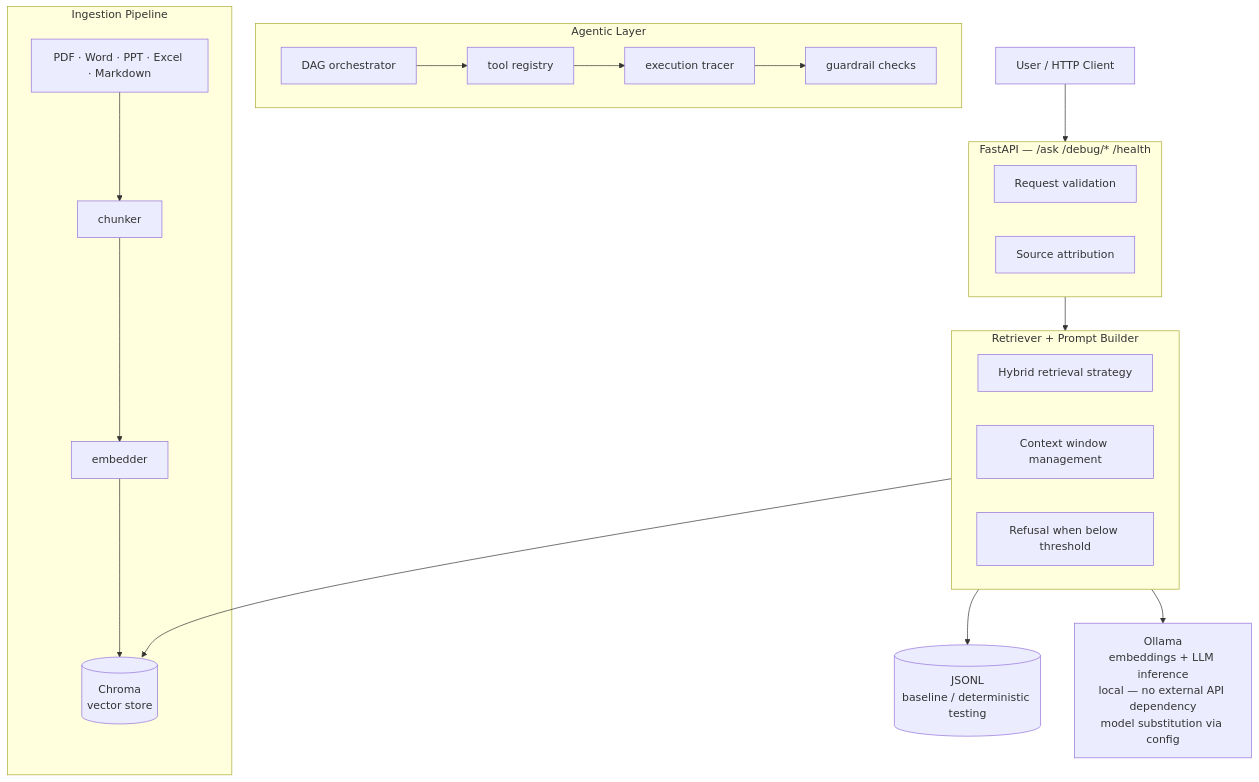
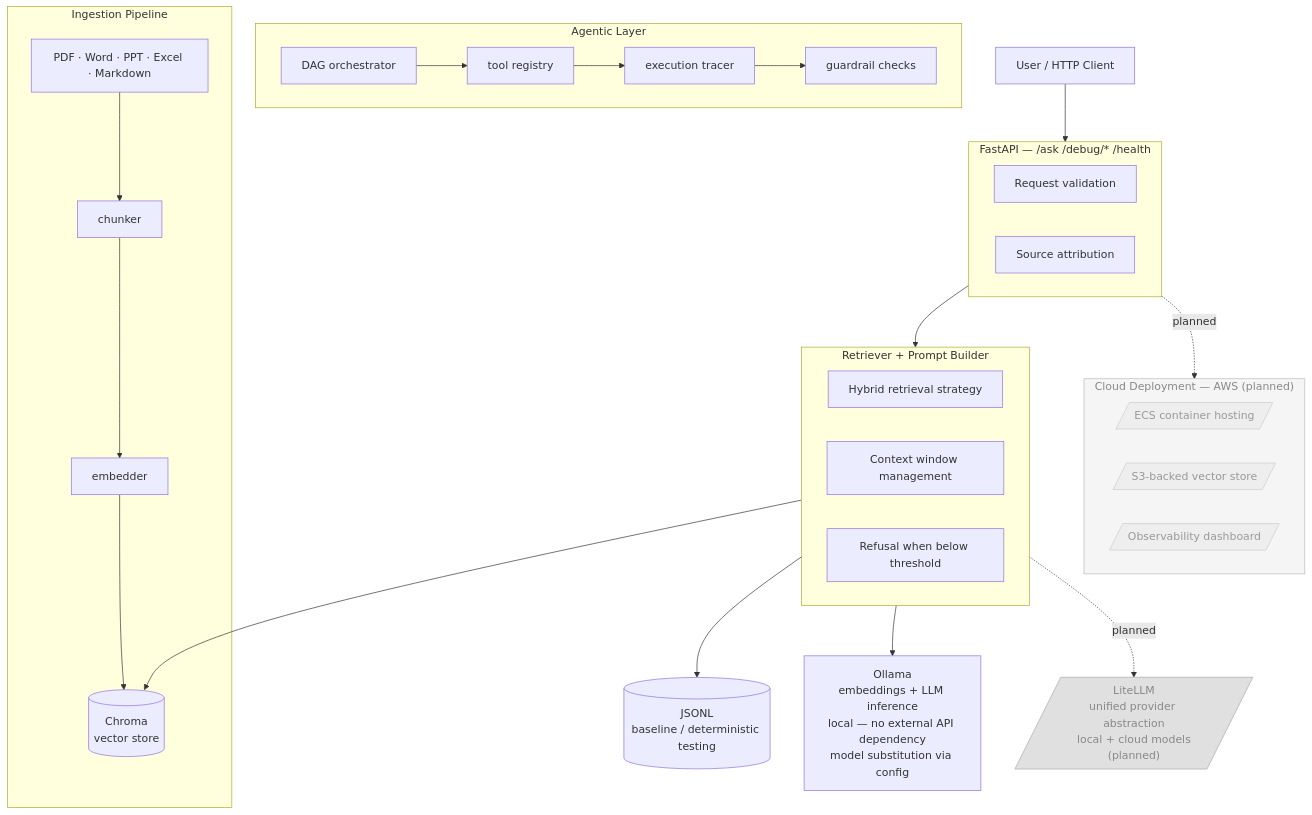
One commit to mbarberony/AIStudio changed the diagram in README.md. Above: the diagram before and after it, drawn with Mermaid. The commit also changed other lines of this file, not shown here.

Commit message:
Improve README: what-it-does, performance note, diagram narrative

````diff
--- a/README.md
+++ b/README.md
@@ -75,38 +102,54 @@
 ```mermaid
 flowchart TD
     U[User / HTTP Client]
     U --> API
 
     subgraph API["FastAPI — /ask  /debug/*  /health"]
         AV[Request validation]
         AS[Source attribution]
     end
 
     API --> RPB
 
     subgraph RPB["Retriever + Prompt Builder"]
         RH[Hybrid retrieval strategy]
         RC[Context window management]
         RR[Refusal when below threshold]
     end
 
     RPB --> C
     RPB --> J
     RPB --> O
+    RPB -.->|planned| L
 
     C[(Chroma\nvector store)]
     J[(JSONL\nbaseline / deterministic testing)]
     O[Ollama\nembeddings + LLM inference\nlocal — no external API dependency\nmodel substitution via config]
+    L[/"LiteLLM\nunified provider abstraction\nlocal + cloud models\n(planned)"/]
 
     subgraph AG["Agentic Layer"]
         DAG[DAG orchestrator] --> TR[tool registry]
         TR --> ET[execution tracer]
         ET --> GC[guardrail checks]
     end
 
     subgraph ING["Ingestion Pipeline"]
         IN[PDF · Word · PPT · Excel · Markdown] --> CH[chunker]
         CH --> EM[embedder]
         EM --> C
     end
+
+    subgraph CLOUD["Cloud Deployment — AWS (planned)"]
+        ECS[/"ECS container hosting"/]
+        S3[/"S3-backed vector store"/]
+        OBS[/"Observability dashboard"/]
+    end
+
+    API -.->|planned| CLOUD
+
+    style L fill:#e0e0e0,stroke:#aaaaaa,color:#888888
+    style CLOUD fill:#f5f5f5,stroke:#bbbbbb,color:#888888
+    style ECS fill:#eeeeee,stroke:#cccccc,color:#999999
+    style S3 fill:#eeeeee,stroke:#cccccc,color:#999999
+    style OBS fill:#eeeeee,stroke:#cccccc,color:#999999
 ```
````
